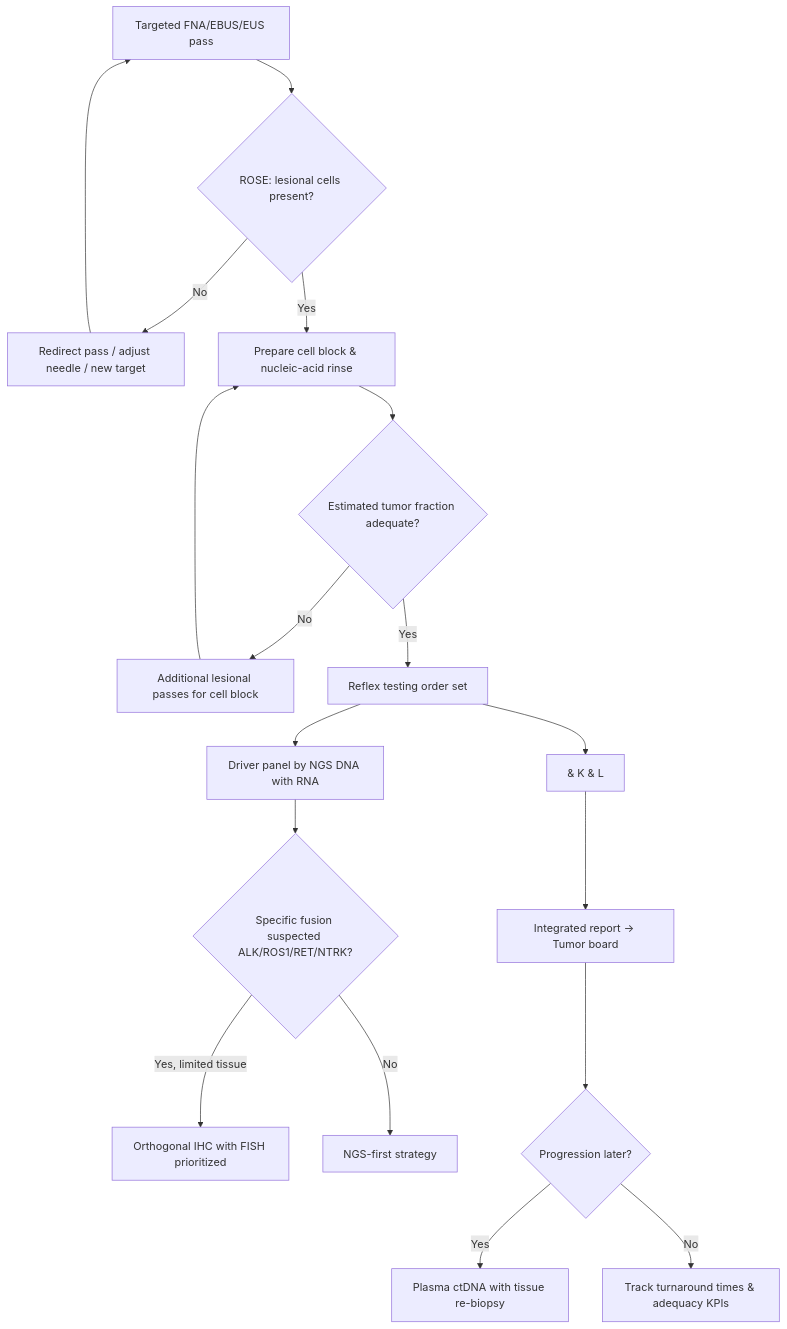
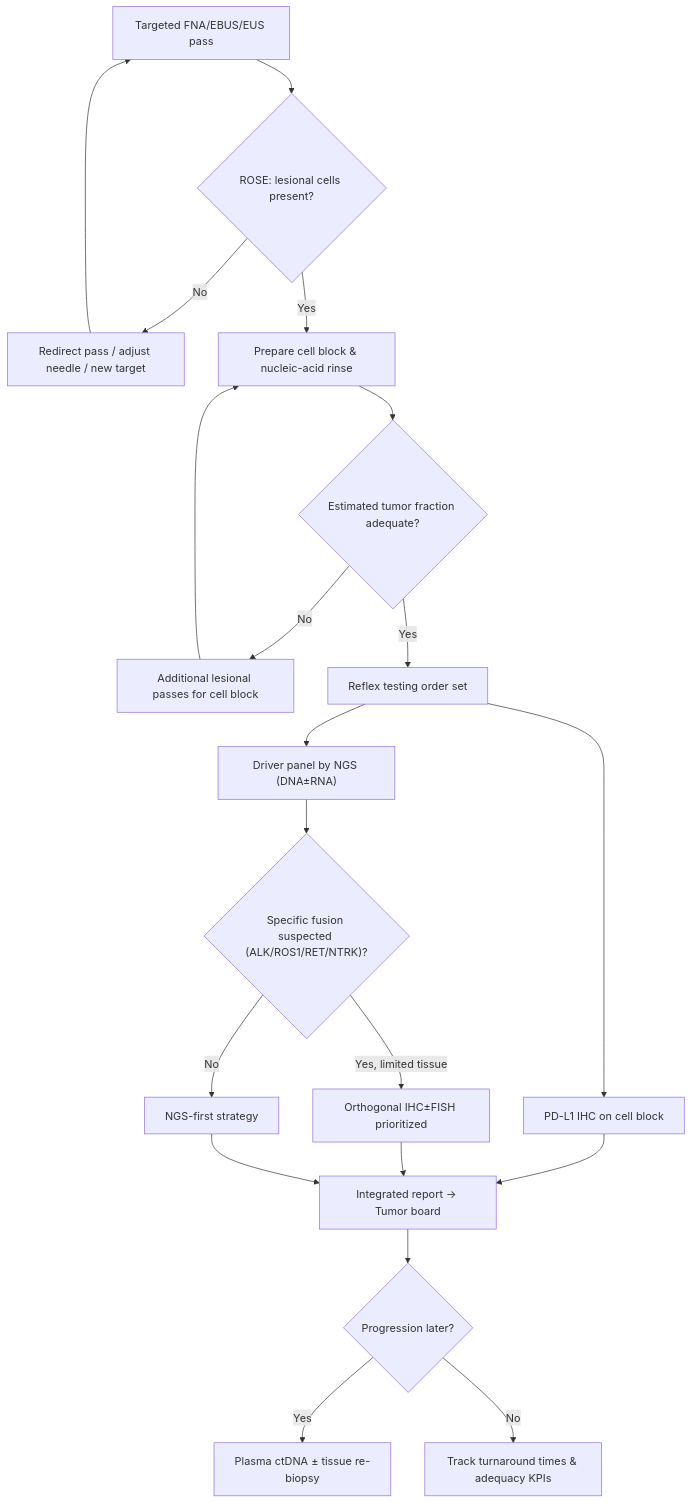
The first of 2 diagrams in content/modules/board/pathology-histology-cytology-rose-and-molecular-markers.mdx (russellmiller49/Interventional-Pulm-Education-Project), drawn with Mermaid before and after one commit. The commit also changed other lines of this file and 45 other files, not shown here.

````diff
--- a/content/modules/board/pathology-histology-cytology-rose-and-molecular-markers.mdx
+++ b/content/modules/board/pathology-histology-cytology-rose-and-molecular-markers.mdx
@@ -166,18 +127,20 @@
 ```mermaid
 flowchart TD
-A[Targeted FNA/EBUS/EUS pass] --> B{ROSE: lesional cells present?}
-B -->|No| C[Redirect pass / adjust needle / new target] --> A
-B -->|Yes| D[Prepare cell block & nucleic-acid rinse]
-D --> E{Estimated tumor fraction adequate?}
-E -->|No| F[Additional lesional passes for cell block] --> D
-E -->|Yes| G[Reflex testing order set]
-G --> H[PD-L1 IHC on cell block]
-G --> I[Driver panel by NGS DNA with RNA]
-I --> J{Specific fusion suspected ALK/ROS1/RET/NTRK?}
-J -->|Yes, limited tissue| K[Orthogonal IHC with FISH prioritized]
-J -->|No| L[NGS-first strategy]
-H[& K & L] --> M[Integrated report → Tumor board]
-M --> N{Progression later?}
-N -->|Yes| O[Plasma ctDNA with tissue re-biopsy]
-N -->|No| P[Track turnaround times & adequacy KPIs]
+        A["Targeted FNA/EBUS/EUS pass"] --> B{"ROSE: lesional cells present?"}
+        B -- "No" --> C["Redirect pass / adjust needle / new target"]
+        C --> A
+        B -- "Yes" --> D["Prepare cell block & nucleic-acid rinse"]
+        D --> E{"Estimated tumor fraction adequate?"}
+        E -- "No" --> F["Additional lesional passes for cell block"]
+        F --> D
+        E -- "Yes" --> G["Reflex testing order set"]
+        G --> H["PD-L1 IHC on cell block"]
+        G --> I["Driver panel by NGS (DNA±RNA)"]
+        I --> J{"Specific fusion suspected (ALK/ROS1/RET/NTRK)?"}
+        J -- "Yes, limited tissue" --> K["Orthogonal IHC±FISH prioritized"]
+        J -- "No" --> L["NGS-first strategy"]
+        H & K & L --> M["Integrated report → Tumor board"]
+        M --> N{"Progression later?"}
+        N -- "Yes" --> O["Plasma ctDNA ± tissue re-biopsy"]
+        N -- "No" --> P["Track turnaround times & adequacy KPIs"]
 ```
````
